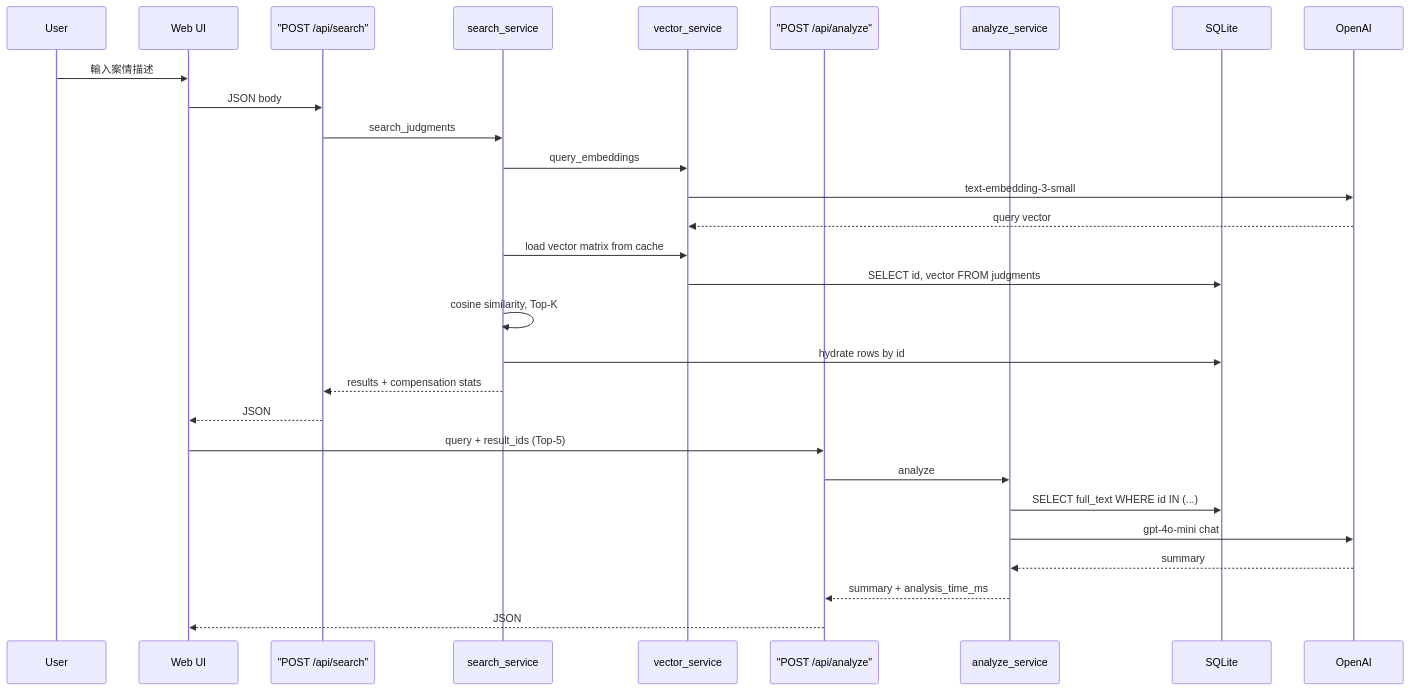
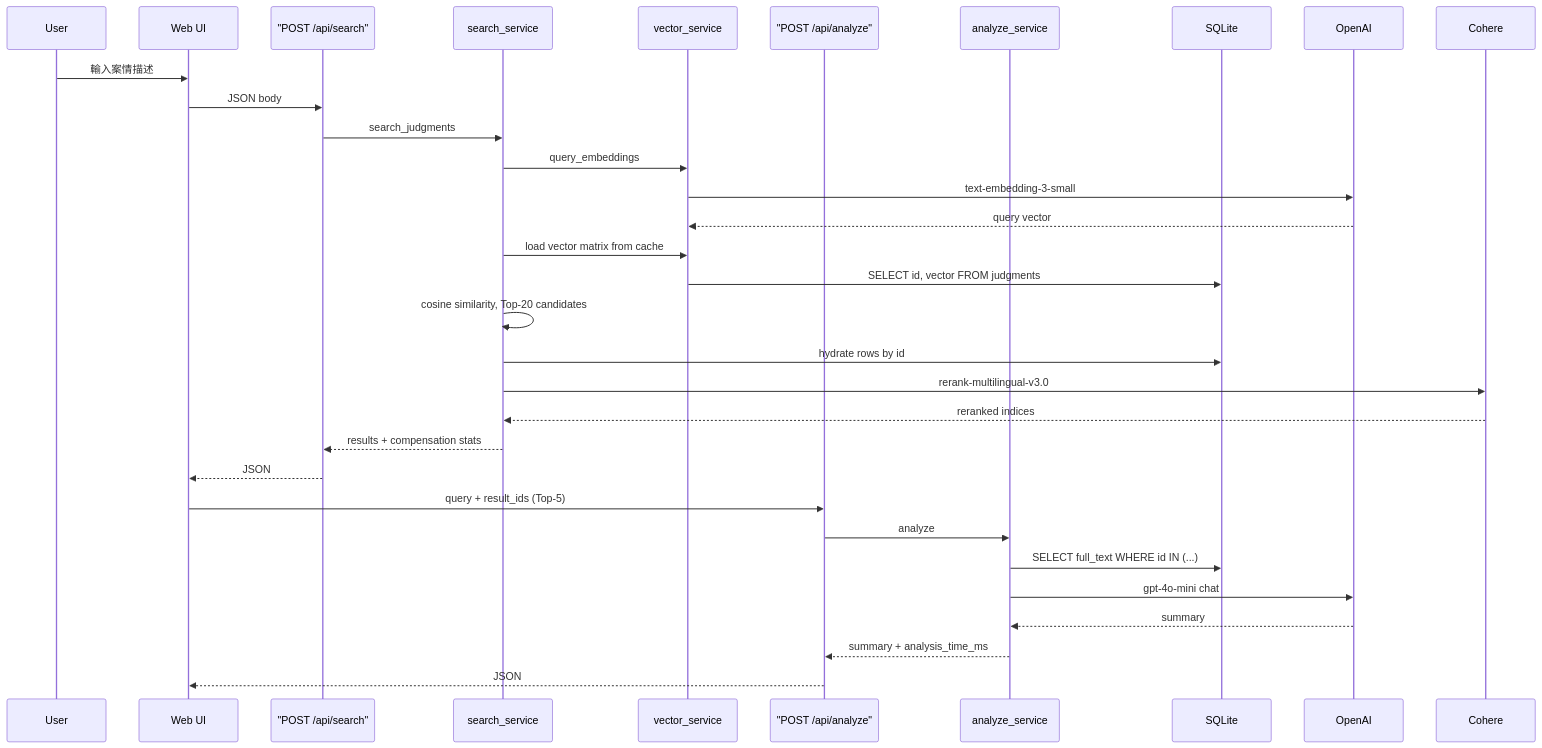
Before and after one commit to yenwen825/legal-rag-tort: the third of 3 diagrams in README.md, drawn with Mermaid. The commit also changed other lines of this file, not shown here.

Commit message:
docs: document Cohere rerank in README architecture and setup

````diff
--- a/README.md
+++ b/README.md
@@ -161,33 +164,36 @@
 ```mermaid
 sequenceDiagram
     participant U as User
     participant UI as Web UI
     participant SearchAPI as "POST /api/search"
     participant SS as search_service
     participant VS as vector_service
     participant AnalyzeAPI as "POST /api/analyze"
     participant AS as analyze_service
     participant DB as SQLite
     participant OAI as OpenAI
+    participant COH as Cohere
     
     U->>UI: 輸入案情描述
     UI->>SearchAPI: JSON body
     SearchAPI->>SS: search_judgments
     SS->>VS: query_embeddings
     VS->>OAI: text-embedding-3-small
     OAI-->>VS: query vector
     SS->>VS: load vector matrix from cache
     VS->>DB: SELECT id, vector FROM judgments
-    SS->>SS: cosine similarity, Top-K
+    SS->>SS: cosine similarity, Top-20 candidates
     SS->>DB: hydrate rows by id
+    SS->>COH: rerank-multilingual-v3.0
+    COH-->>SS: reranked indices
     SS-->>SearchAPI: results + compensation stats
     SearchAPI-->>UI: JSON
 
     UI->>AnalyzeAPI: query + result_ids (Top-5)
     AnalyzeAPI->>AS: analyze
     AS->>DB: SELECT full_text WHERE id IN (...)
     AS->>OAI: gpt-4o-mini chat
     OAI-->>AS: summary
     AS-->>AnalyzeAPI: summary + analysis_time_ms
     AnalyzeAPI-->>UI: JSON
 ```
````
